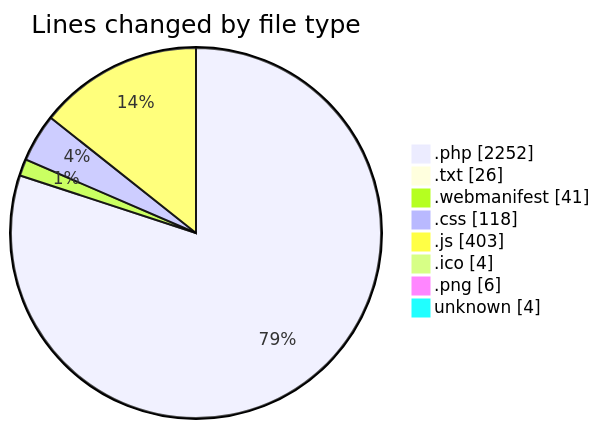
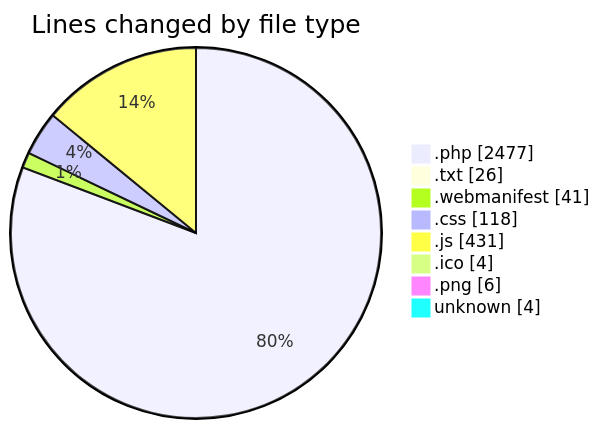
The first of 2 diagrams in 2025-08-20/quytuthien_vn/README.md (lephambinh05/code-tracking), drawn with Mermaid before and after one commit. The commit also changed other lines of this file and 1 other file, not shown here.

````diff
--- a/2025-08-20/quytuthien_vn/README.md
+++ b/2025-08-20/quytuthien_vn/README.md
@@ -80,12 +83,12 @@
 ```mermaid
 pie showData
 title Lines changed by file type
-".php" : 2252
+".php" : 2477
 ".txt" : 26
 ".webmanifest" : 41
 ".css" : 118
-".js" : 403
+".js" : 431
 ".ico" : 4
 ".png" : 6
 "unknown" : 4
 ```
````
